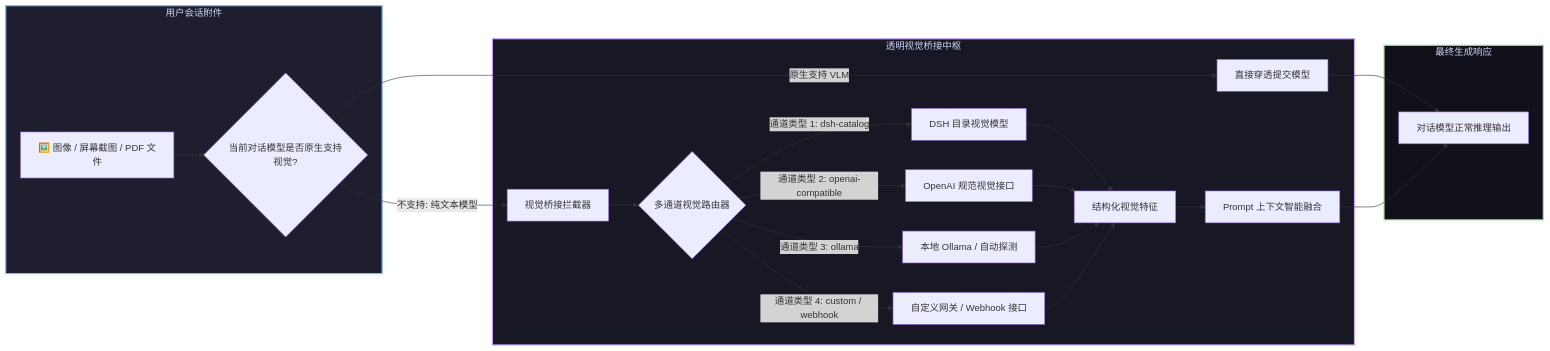
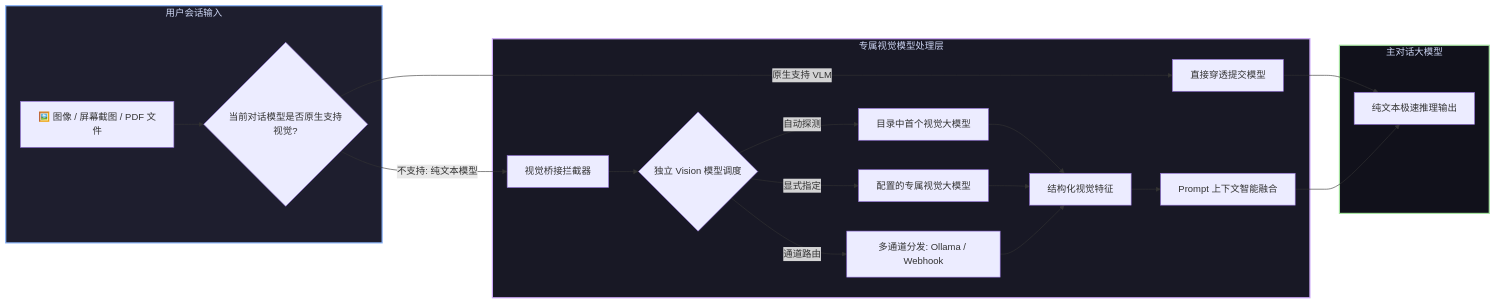
One commit to GooDAnDReaDY/dsh-vision-bridge changed the diagram in README.zh.md. Above: the diagram before and after it, drawn with Mermaid. The commit also changed other lines of this file and 2 other files, not shown here.

Commit message:
docs: add dedicated vision model selection and operating modes section to dsh-vision-bridge

````diff
--- a/README.zh.md
+++ b/README.zh.md
@@ -32,30 +33,28 @@
 ```mermaid
 graph LR
-    subgraph Input [用户会话附件]
+    subgraph UserTurn [用户会话输入]
         Attach[🖼️ 图像 / 屏幕截图 / PDF 文件] --> Check{当前对话模型是否原生支持视觉?}
     end
 
-    subgraph Transparent [透明视觉桥接中枢]
+    subgraph DedicatedVision [专属视觉模型处理层]
         Check -->|原生支持 VLM| Pass[直接穿透提交模型]
         Check -->|不支持: 纯文本模型| Interceptor[视觉桥接拦截器]
-        Interceptor --> VisionRouter{多通道视觉路由器}
-        VisionRouter -->|通道类型 1: dsh-catalog| C1[DSH 目录视觉模型]
-        VisionRouter -->|通道类型 2: openai-compatible| C2[OpenAI 规范视觉接口]
-        VisionRouter -->|通道类型 3: ollama| C3[本地 Ollama / 自动探测]
-        VisionRouter -->|通道类型 4: custom / webhook| C4[自定义网关 / Webhook 接口]
-        C1 --> Structured[结构化视觉特征]
-        C2 --> Structured
-        C3 --> Structured
-        C4 --> Structured
+        Interceptor --> Pick{独立 Vision 模型调度}
+        Pick -->|自动探测| AutoVLM[目录中首个视觉大模型]
+        Pick -->|显式指定| UserVLM[配置的专属视觉大模型]
+        Pick -->|通道路由| Channels[多通道分发: Ollama / Webhook]
+        AutoVLM --> Structured[结构化视觉特征]
+        UserVLM --> Structured
+        Channels --> Structured
         Structured --> Fuse[Prompt 上下文智能融合]
     end
 
-    subgraph Execution [最终生成响应]
-        Pass --> LLM[对话模型正常推理输出]
+    subgraph ChatLLM [主对话大模型]
+        Pass --> LLM[纯文本极速推理输出]
         Fuse --> LLM
     end
 
-    style Input fill:#1e1e2e,stroke:#89b4fa,stroke-width:2px,color:#cdd6f4
-    style Transparent fill:#181825,stroke:#cba6f7,stroke-width:2px,color:#cdd6f4
-    style Execution fill:#11111b,stroke:#a6e3a1,stroke-width:2px,color:#cdd6f4
+    style UserTurn fill:#1e1e2e,stroke:#89b4fa,stroke-width:2px,color:#cdd6f4
+    style DedicatedVision fill:#181825,stroke:#cba6f7,stroke-width:2px,color:#cdd6f4
+    style ChatLLM fill:#11111b,stroke:#a6e3a1,stroke-width:2px,color:#cdd6f4
 ```
````
